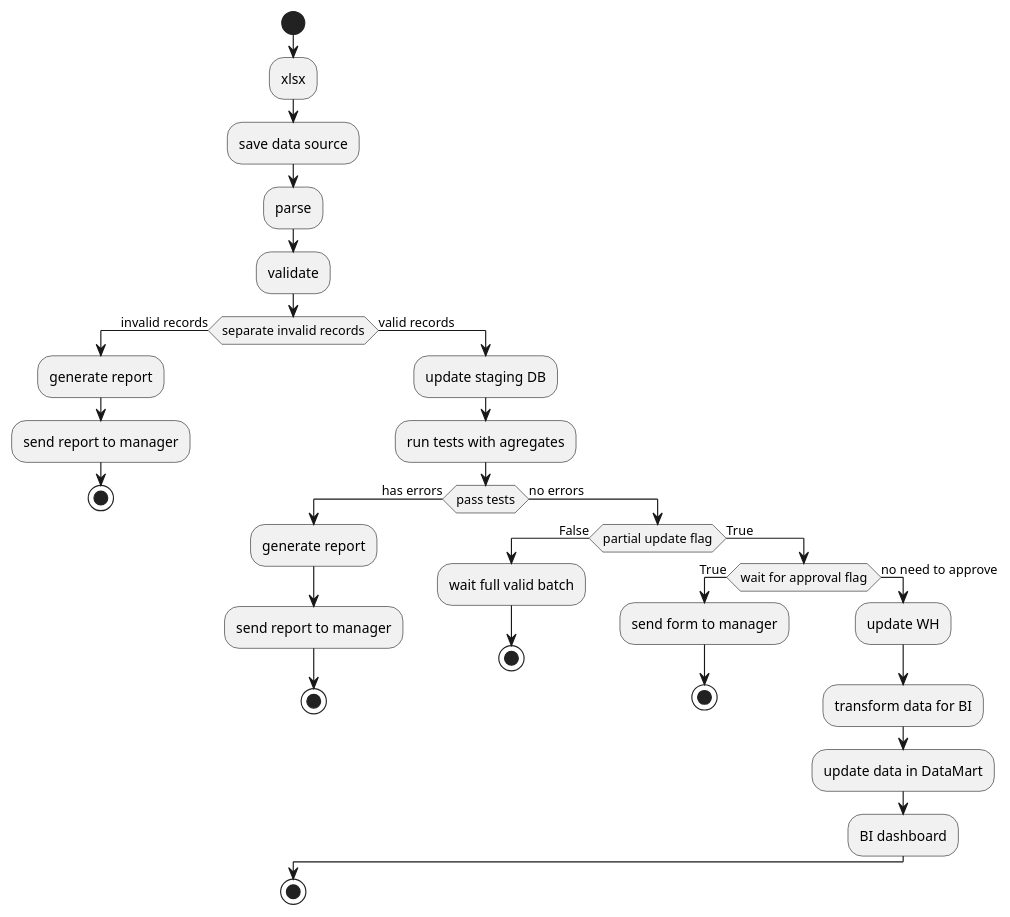
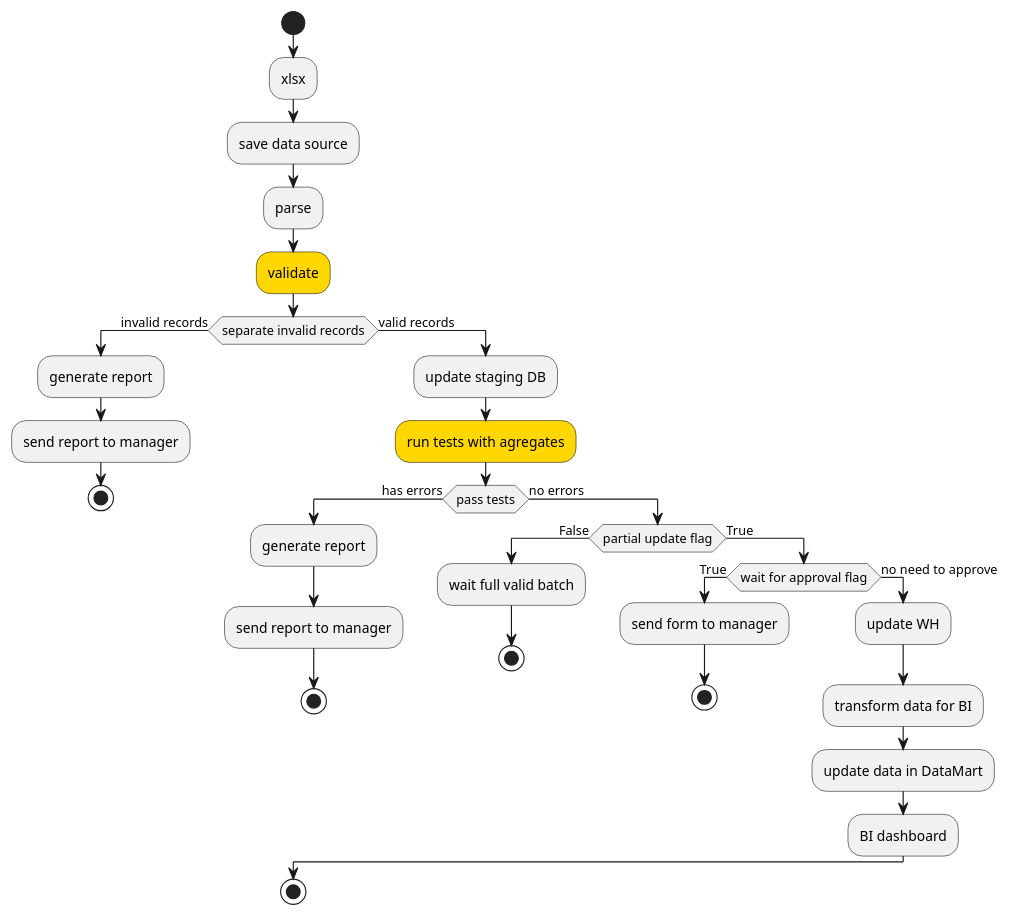
The diagram in diagrams/DAG_example.puml (etlteam/docs), drawn with PlantUML before and after one commit.

```diff
--- a/diagrams/DAG_example.puml
+++ b/diagrams/DAG_example.puml
@@ -1,36 +1,36 @@
 @startuml
 start
 :xlsx;
 :save data source;
 :parse;
-:validate;
+#gold:validate;
 if (separate invalid records) then (invalid records)
 	:generate report;
 	:send report to manager;
 	stop
 else (valid records)
 	:update staging DB;
-	:run tests with agregates;
+	#gold:run tests with agregates;
 	if (pass tests) then (has errors)
 		:generate report;
 		:send report to manager;
 		stop
 	else (no errors)
 		if (partial update flag) then (False)
 			:wait full valid batch;
 			stop
 		else (True)
 			if (wait for approval flag) then (True)
 				:send form to manager;
 				stop
 			else (no need to approve)
 				:update WH;
 				:transform data for BI;
 				:update data in DataMart;
 				:BI dashboard;
 			endif
 		endif
 	endif
 endif
 stop
 @enduml
```
